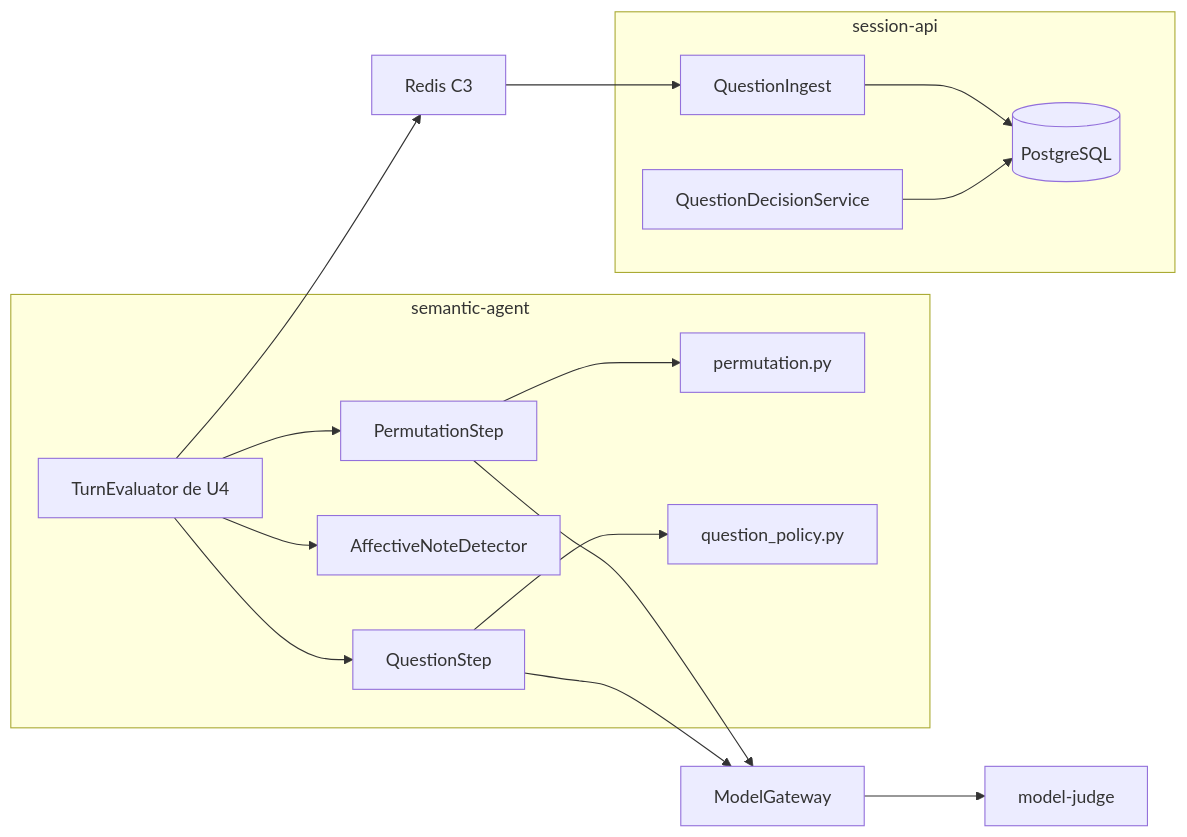
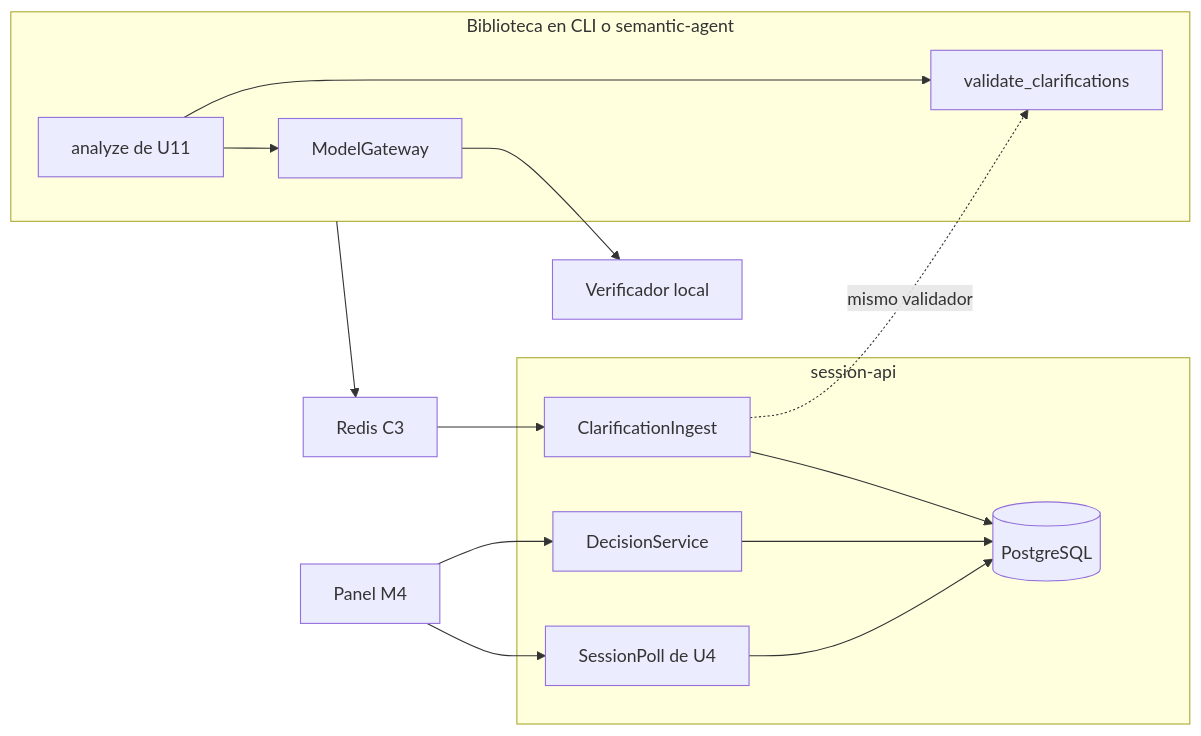
One commit to freyesJaveriana/tai changed the diagram in aidlc/spaces/default/intents/261002-veridicus-mvp/construction/assistant-extras/nfr-design/logical-components.md. Above: the diagram before and after it, drawn with Mermaid. The commit also changed other lines of this file and 10 other files, not shown here.

````diff
--- a/aidlc/spaces/default/intents/261002-veridicus-mvp/construction/assistant-extras/nfr-design/logical-components.md
+++ b/aidlc/spaces/default/intents/261002-veridicus-mvp/construction/assistant-extras/nfr-design/logical-components.md
@@ -31,18 +41,18 @@
 ```mermaid
 flowchart LR
-  subgraph SA[semantic-agent]
-    TE[TurnEvaluator de U4] --> PS[PermutationStep]
-    PS --> PD[permutation.py]
-    TE --> AD[AffectiveNoteDetector]
-    TE --> QS[QuestionStep]
-    QS --> QP[question_policy.py]
+  subgraph LIB[Biblioteca en CLI o semantic-agent]
+    AN[analyze de U11] --> CL[validate_clarifications]
+    AN --> GW[ModelGateway]
   end
-  PS --> MG[ModelGateway]
-  QS --> MG
-  MG --> J[model-judge]
+  GW --> VL[Verificador local]
+  LIB --> R[Redis C3]
   subgraph API[session-api]
-    QI[QuestionIngest] --> DB[(PostgreSQL)]
-    QD[QuestionDecisionService] --> DB
+    CI[ClarificationIngest] --> DB[(PostgreSQL)]
+    DS[DecisionService] --> DB
+    SP[SessionPoll de U4] --> DB
   end
-  TE --> R[Redis C3] --> QI
+  R --> CI
+  CI -. mismo validador .-> CL
+  P[Panel M4] --> SP
+  P --> DS
 ```
````
